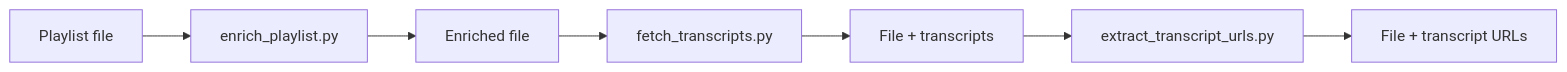
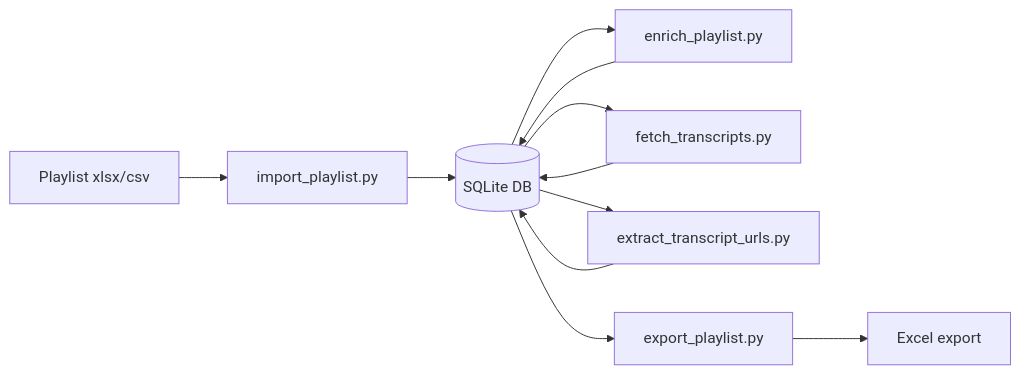
The diagram in README.md (davidgardner11/yt-playlists), drawn with Mermaid before and after one commit. The commit also changed other lines of this file and 10 other files, not shown here.

Commit message:
Refactor to use SQLite database for metadata, transcripts, and URL extraction.

````diff
--- a/README.md
+++ b/README.md
@@ -13,9 +7,13 @@
 ```mermaid
 flowchart LR
-    input[Playlist file] --> enrich[enrich_playlist.py]
-    enrich --> enriched[Enriched file]
-    enriched --> transcripts[fetch_transcripts.py]
-    transcripts --> withTranscripts[File + transcripts]
-    withTranscripts --> urls[extract_transcript_urls.py]
-    urls --> final[File + transcript URLs]
+    file[Playlist xlsx/csv] --> import[import_playlist.py]
+    import --> db[(SQLite DB)]
+    db --> enrich[enrich_playlist.py]
+    db --> transcripts[fetch_transcripts.py]
+    db --> urls[extract_transcript_urls.py]
+    enrich --> db
+    transcripts --> db
+    urls --> db
+    db --> export[export_playlist.py]
+    export --> xlsx[Excel export]
 ```
````
